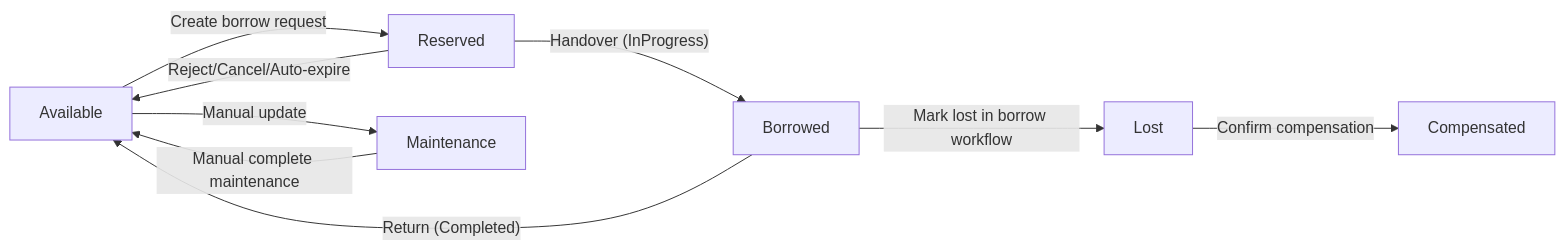
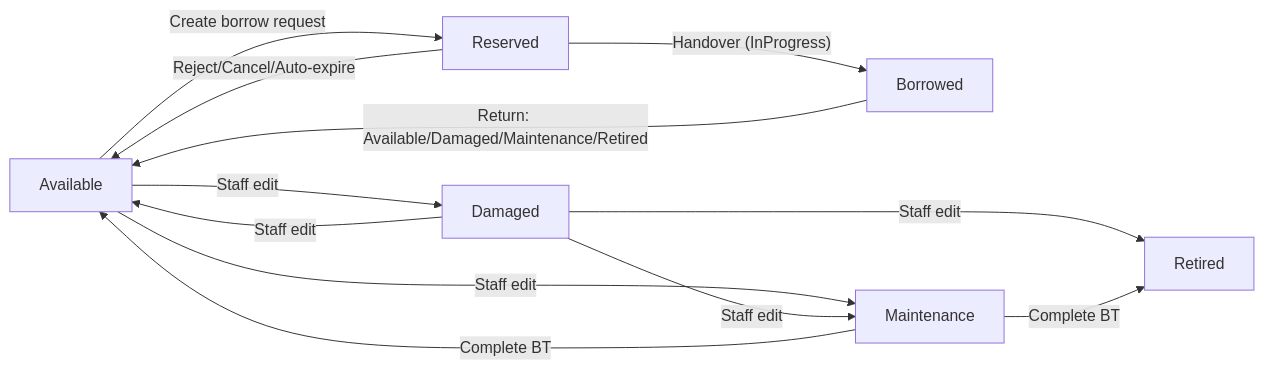
The second of 2 diagrams in docs/PROJECT_DOCUMENTATION.md (lephuonglinga/Equipment-Borrowing-Management-System), drawn with Mermaid before and after one commit. The commit also changed other lines of this file and 44 other files, not shown here.

Commit message:
fix: fix validation and borrow request flow bug

````diff
--- a/docs/PROJECT_DOCUMENTATION.md
+++ b/docs/PROJECT_DOCUMENTATION.md
@@ -104,11 +106,14 @@
 ```mermaid
 flowchart LR
   Available -->|"Create borrow request"| Reserved
   Reserved -->|"Reject/Cancel/Auto-expire"| Available
   Reserved -->|"Handover (InProgress)"| Borrowed
-  Borrowed -->|"Return (Completed)"| Available
-  Available -->|"Manual update"| Maintenance
-  Maintenance -->|"Manual complete maintenance"| Available
-  Borrowed -->|"Mark lost in borrow workflow"| Lost
-  Lost -->|"Confirm compensation"| Compensated
+  Borrowed -->|"Return: Available/Damaged/Maintenance/Retired"| Available
+  Available -->|"Staff edit"| Maintenance
+  Available -->|"Staff edit"| Damaged
+  Damaged -->|"Staff edit"| Available
+  Damaged -->|"Staff edit"| Maintenance
+  Damaged -->|"Staff edit"| Retired
+  Maintenance -->|"Complete BT"| Available
+  Maintenance -->|"Complete BT"| Retired
 ```
````
